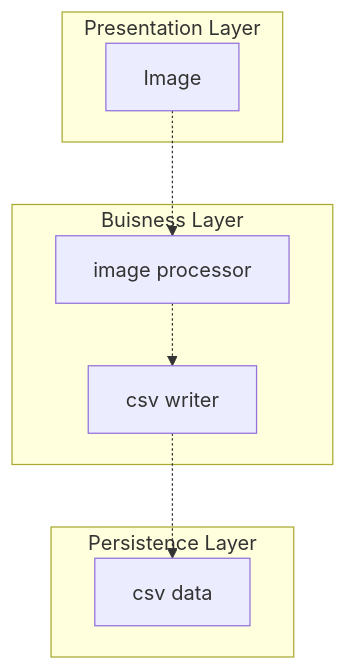
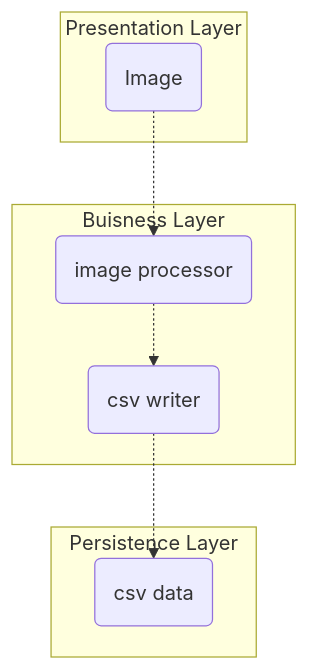
One commit to pepetoni246/pattern_reconizer changed the second of 2 diagrams in README.md. Above: the diagram before and after it, drawn with Mermaid.

Commit message:
kleine anpassungen doku

````diff
--- a/README.md
+++ b/README.md
@@ -16,16 +16,16 @@
 ```mermaid
 flowchart TB
     subgraph Presentation Layer
-    A["Image"]
+    A("Image")
     end
     subgraph Buisness Layer
-    B["image processor"]
-    C["csv writer"]
+    B("image processor")
+    C("csv writer")
     end
     subgraph Persistence Layer
-    D["csv data"]
+    D("csv data")
     end
     A -.->B
     B -.->C
     C -.->D
 ```
````
